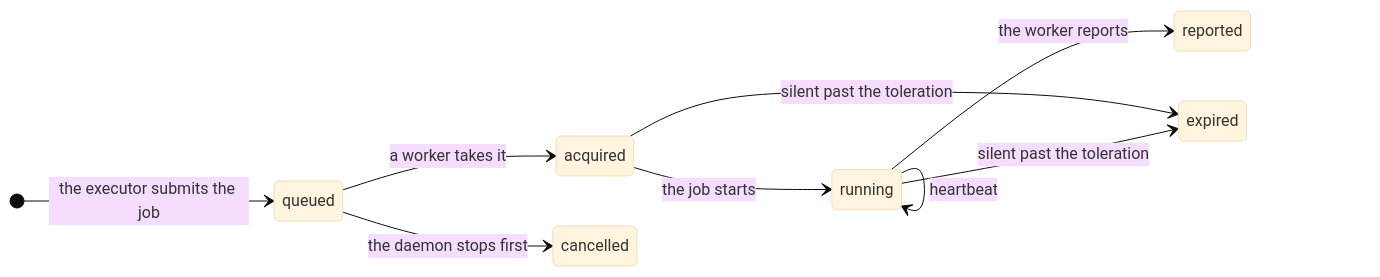
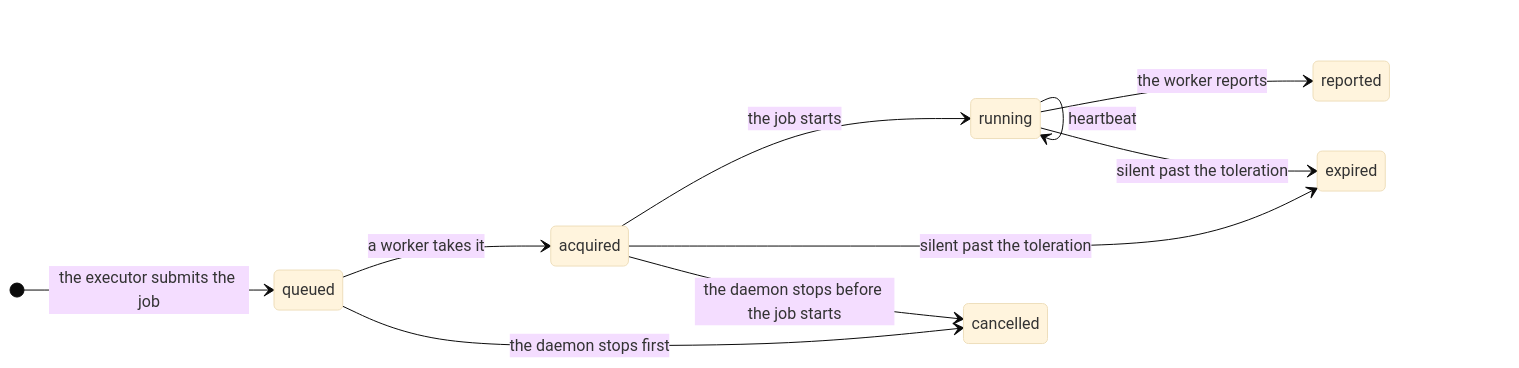
The diagram in docs/plugins/infrastructure.mdx (hiloopai/piloop), drawn with Mermaid (base theme) before and after one commit. The commit also changed 11 other files, not shown here.

````diff
--- a/docs/plugins/infrastructure.mdx
+++ b/docs/plugins/infrastructure.mdx
@@ -64,12 +64,13 @@
 ```mermaid
 stateDiagram-v2
     direction LR
     [*] --> queued: the executor submits the job
     queued --> acquired: a worker takes it
     acquired --> running: the job starts
     running --> running: heartbeat
     running --> reported: the worker reports
     acquired --> expired: silent past the toleration
     running --> expired: silent past the toleration
     queued --> cancelled: the daemon stops first
+    acquired --> cancelled: the daemon stops before the job starts
 ```
````
